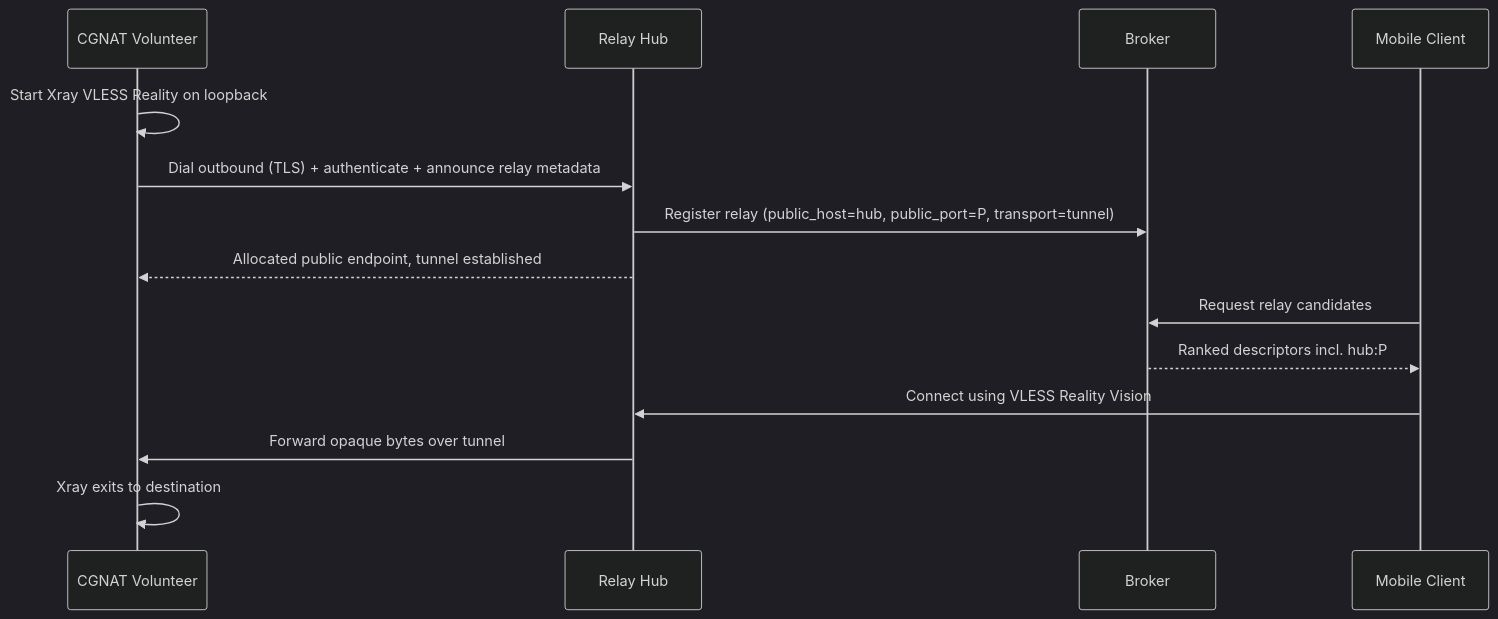
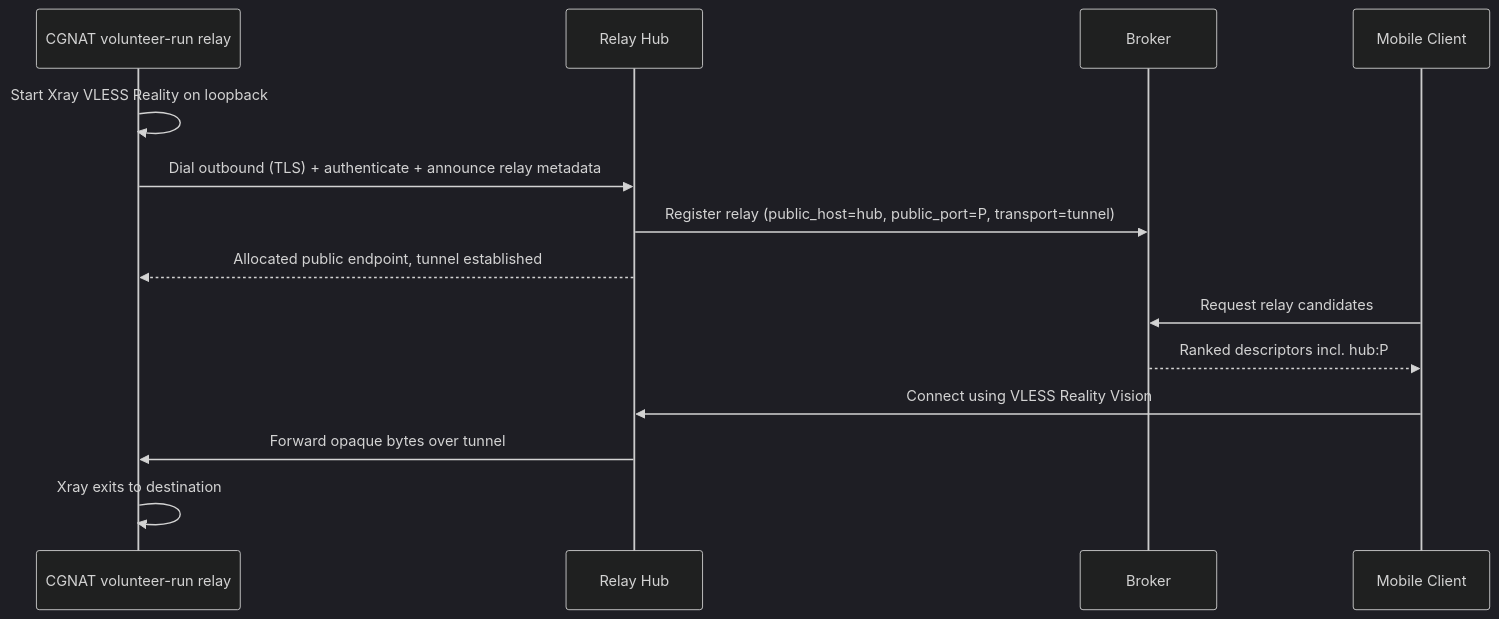
One commit to openrung/openrung changed the second of 3 diagrams in docs/architecture.md. Above: the diagram before and after it, drawn with Mermaid (dark theme). The commit also changed other lines of this file and 85 other files, not shown here.

````diff
--- a/docs/architecture.md
+++ b/docs/architecture.md
@@ -189,17 +208,17 @@
 ```mermaid
 sequenceDiagram
-    participant V as CGNAT Volunteer
+    participant V as CGNAT volunteer-run relay
     participant H as Relay Hub
     participant B as Broker
     participant C as Mobile Client
 
     V->>V: Start Xray VLESS Reality on loopback
     V->>H: Dial outbound (TLS) + authenticate + announce relay metadata
     H->>B: Register relay (public_host=hub, public_port=P, transport=tunnel)
     H-->>V: Allocated public endpoint, tunnel established
     C->>B: Request relay candidates
     B-->>C: Ranked descriptors incl. hub:P
     C->>H: Connect using VLESS Reality Vision
     H->>V: Forward opaque bytes over tunnel
     V->>V: Xray exits to destination
 ```
````
